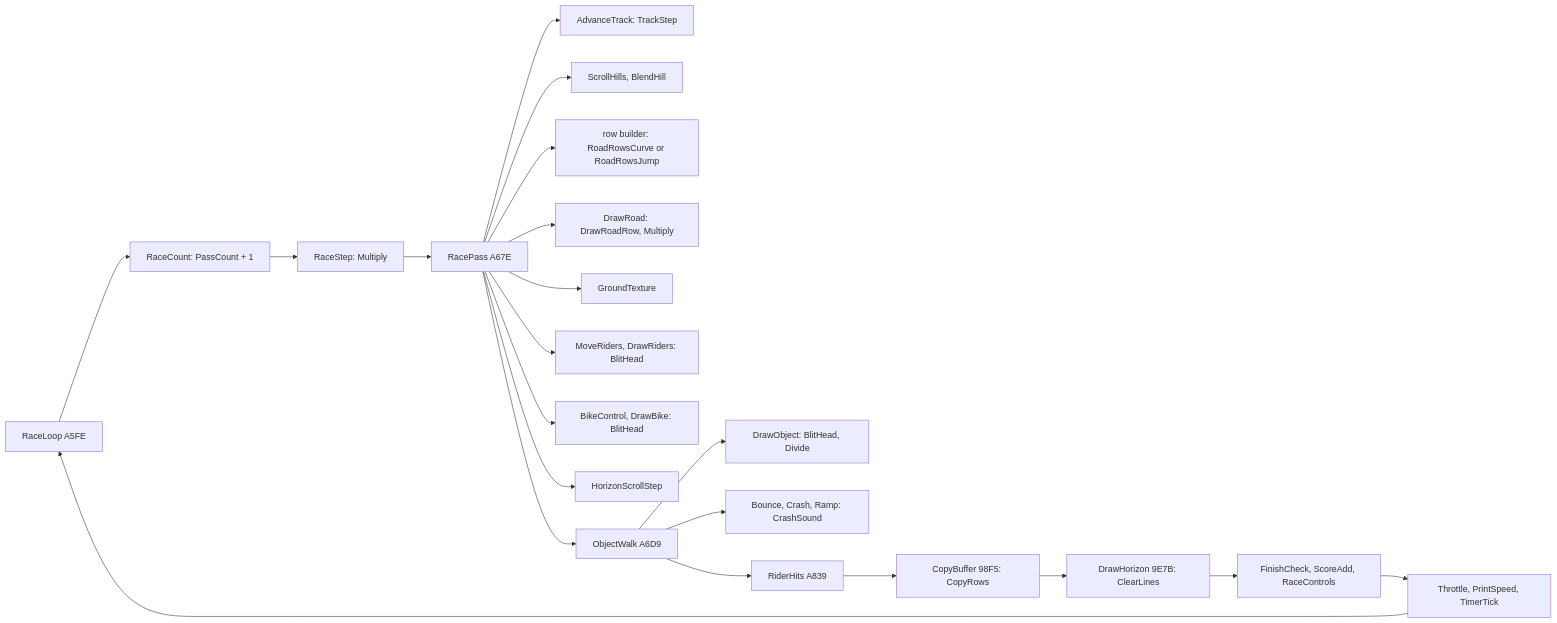
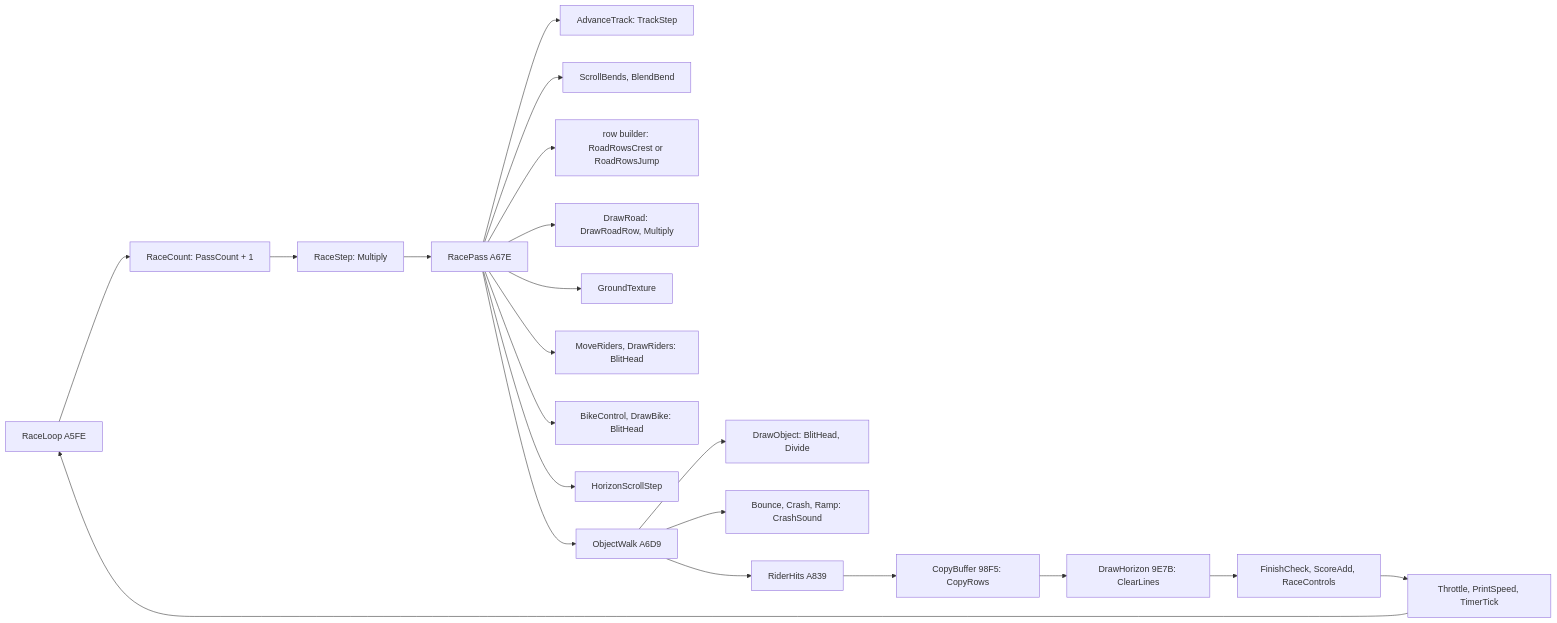
Before and after one commit to alfishe/unrealng-reverse-cases: the third of 3 diagrams in games/enduro-racer/docs/02-architecture.md, drawn with Mermaid. The commit also changed other lines of this file and 79 other files, not shown here.

Commit message:
enduro-racer: integrated (writers' source changes, Bend/Crest, game-counted distances, docs 11/12, truck/fall5/names and technique recordings)

````diff
--- a/games/enduro-racer/docs/02-architecture.md
+++ b/games/enduro-racer/docs/02-architecture.md
@@ -343,23 +343,23 @@
 ```mermaid
 flowchart LR
     RL["RaceLoop A5FE"] --> RC["RaceCount: PassCount + 1"]
     RC --> RS["RaceStep: Multiply"]
     RS --> RP["RacePass A67E"]
     RP --> T1["AdvanceTrack: TrackStep"]
-    RP --> T2["ScrollHills, BlendHill"]
-    RP --> T3["row builder: RoadRowsCurve or RoadRowsJump"]
+    RP --> T2["ScrollBends, BlendBend"]
+    RP --> T3["row builder: RoadRowsCrest or RoadRowsJump"]
     RP --> T4["DrawRoad: DrawRoadRow, Multiply"]
     RP --> T5["GroundTexture"]
     RP --> T6["MoveRiders, DrawRiders: BlitHead"]
     RP --> T7["BikeControl, DrawBike: BlitHead"]
     RP --> T8["HorizonScrollStep"]
     RP --> OW["ObjectWalk A6D9"]
     OW --> O1["DrawObject: BlitHead, Divide"]
     OW --> O2["Bounce, Crash, Ramp: CrashSound"]
     OW --> RH["RiderHits A839"]
     RH --> CB["CopyBuffer 98F5: CopyRows"]
     CB --> DH["DrawHorizon 9E7B: ClearLines"]
     DH --> FC["FinishCheck, ScoreAdd, RaceControls"]
     FC --> TH["Throttle, PrintSpeed, TimerTick"]
     TH --> RL
 ```
````
